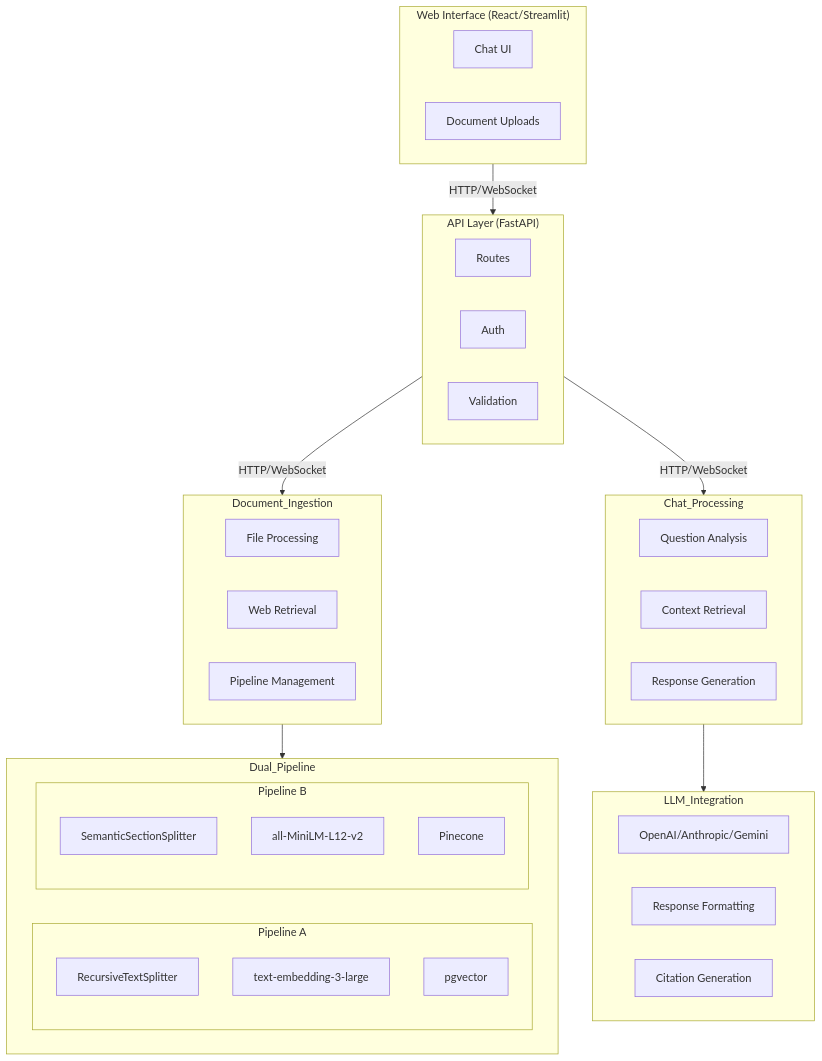
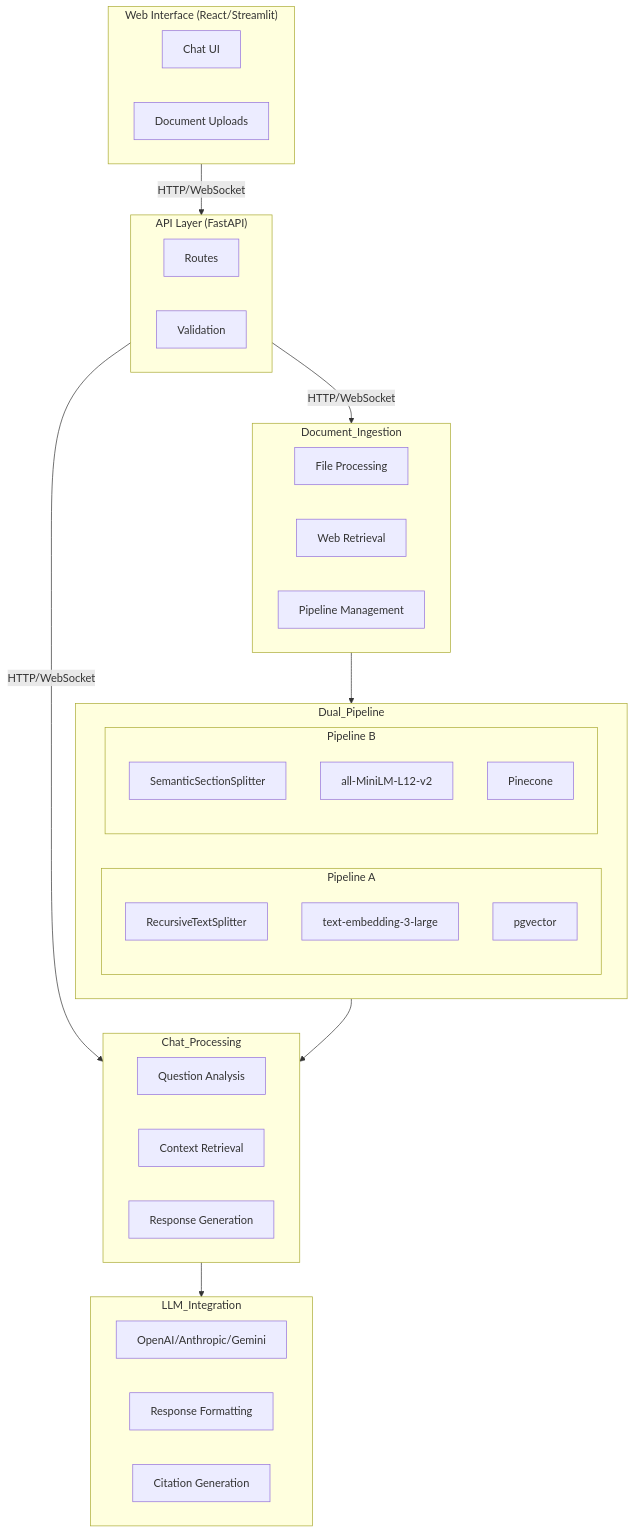
One commit to AmgadHasan/diagnostics-chatbot changed the diagram in README.md. Above: the diagram before and after it, drawn with Mermaid. The commit also changed other lines of this file and 1 other file, not shown here.

Commit message:
Update diagram,

````diff
--- a/README.md
+++ b/README.md
@@ -5,50 +5,50 @@
 ```mermaid
 flowchart TD
     subgraph Web_Interface["Web Interface (React/Streamlit)"]
         A[Chat UI]
         B[Document Uploads]
     end
 
     subgraph API_Layer["API Layer (FastAPI)"]
         C[Routes]
-        D[Auth]
         E[Validation]
     end
 
     subgraph Document_Ingestion
         F[File Processing]
         G[Web Retrieval]
         H[Pipeline Management]
     end
 
     subgraph Chat_Processing
         I[Question Analysis]
         J[Context Retrieval]
         K[Response Generation]
     end
 
     subgraph Dual_Pipeline
         subgraph Pipeline_A["Pipeline A"]
             L[RecursiveTextSplitter]
             M[text-embedding-3-large]
             N[pgvector]
         end
         subgraph Pipeline_B["Pipeline B"]
             O[SemanticSectionSplitter]
             P[all-MiniLM-L12-v2]
             Q[Pinecone]
         end
     end
 
     subgraph LLM_Integration
         R[OpenAI/Anthropic/Gemini]
         S[Response Formatting]
         T[Citation Generation]
     end
 
     Web_Interface -->|HTTP/WebSocket| API_Layer
     API_Layer -->|HTTP/WebSocket| Document_Ingestion
     API_Layer -->|HTTP/WebSocket| Chat_Processing
     Document_Ingestion --> Dual_Pipeline
+    Dual_Pipeline --> Chat_Processing
     Chat_Processing --> LLM_Integration
 ```
````
